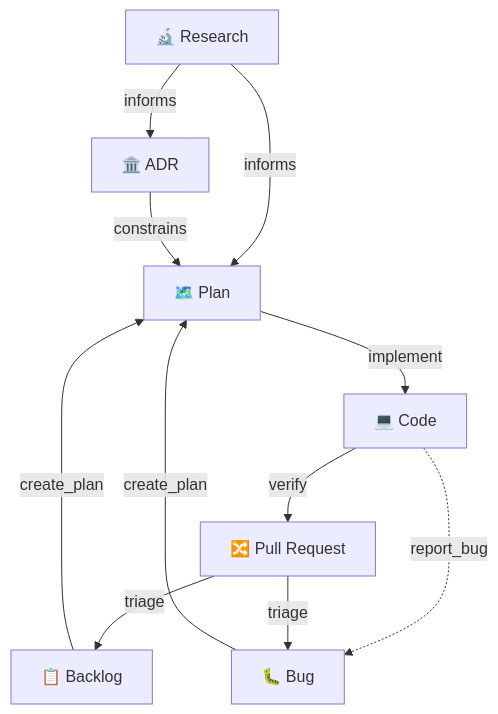
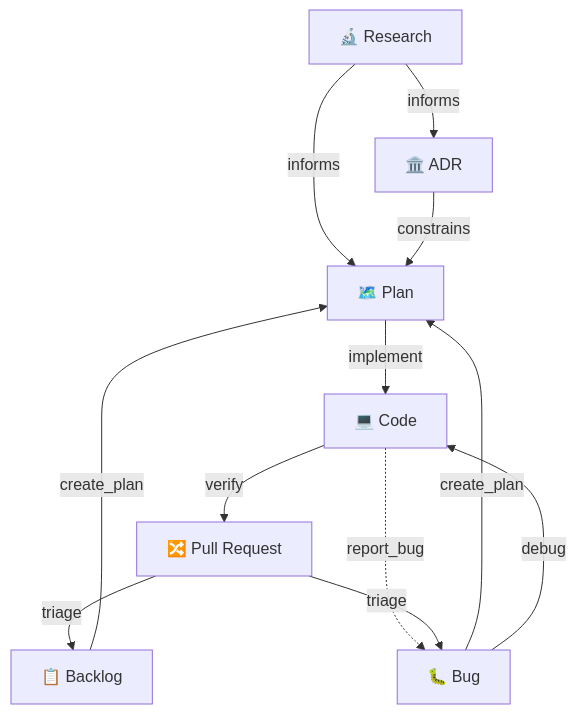
Before and after one commit to NunoMoura/dev_ops: the diagram in README.md, drawn with Mermaid. The commit also changed other lines of this file and 6 other files, not shown here.

Commit message:
update diagram

````diff
--- a/README.md
+++ b/README.md
@@ -36,31 +36,34 @@
 ```mermaid
 flowchart TD
     %% Document Artifacts
     Research["🔬 Research"]
     ADR["🏛️ ADR"]
     Backlog["📋 Backlog"]
     Bug["🐛 Bug"]
     Plan["🗺️ Plan"]
     Code["💻 Code"]
     PR["🔀 Pull Request"]
 
     %% Research & Decision Flows
     Research --> |informs| ADR
     Research --> |informs| Plan
     ADR --> |constrains| Plan
     
     %% Planning Flows
     Backlog --> |create_plan| Plan
     Bug --> |create_plan| Plan
 
     %% Execution Flows
     Plan --> |implement| Code
 
+    %% Debug Cycle (Bug fixes return to Code)
+    Bug --> |debug| Code
+
     %% Verification & Delivery Flows
     Code --> |verify| PR
     Code -.-> |report_bug| Bug
     
     %% Feedback Flows (PR comments become tracked items)
     PR --> |triage| Backlog
     PR --> |triage| Bug
 ```
````
